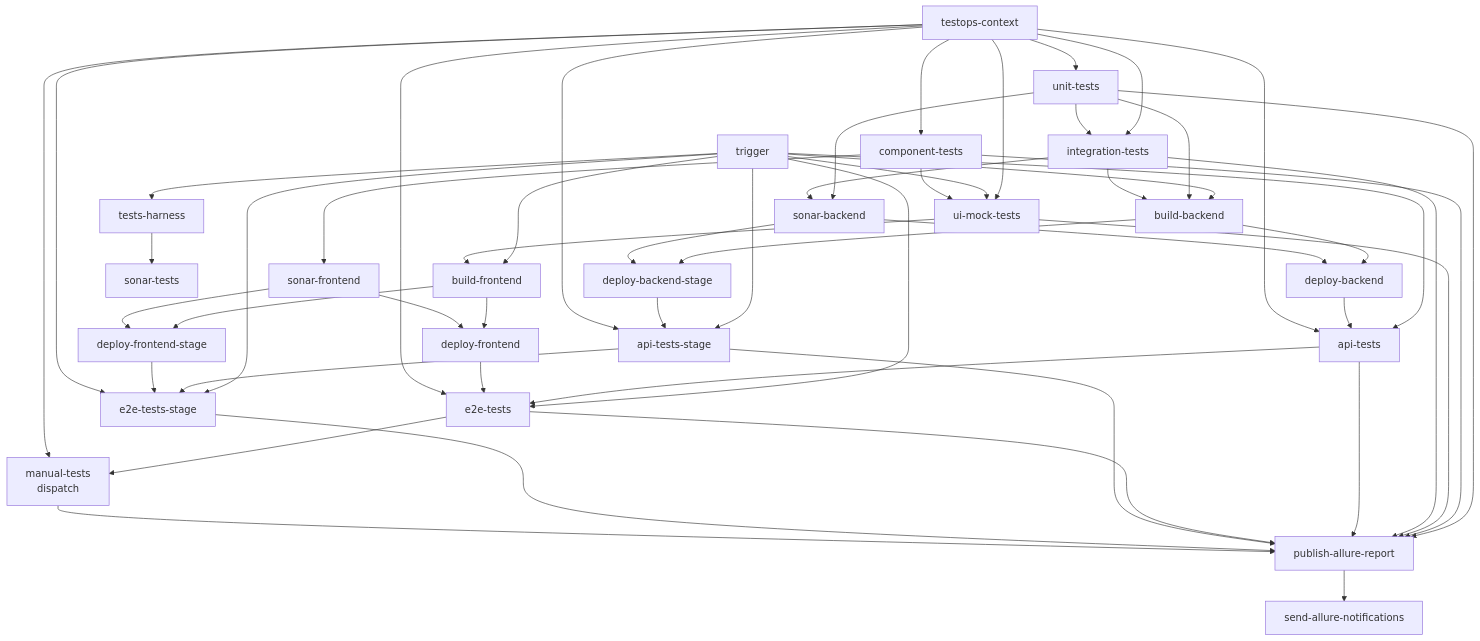
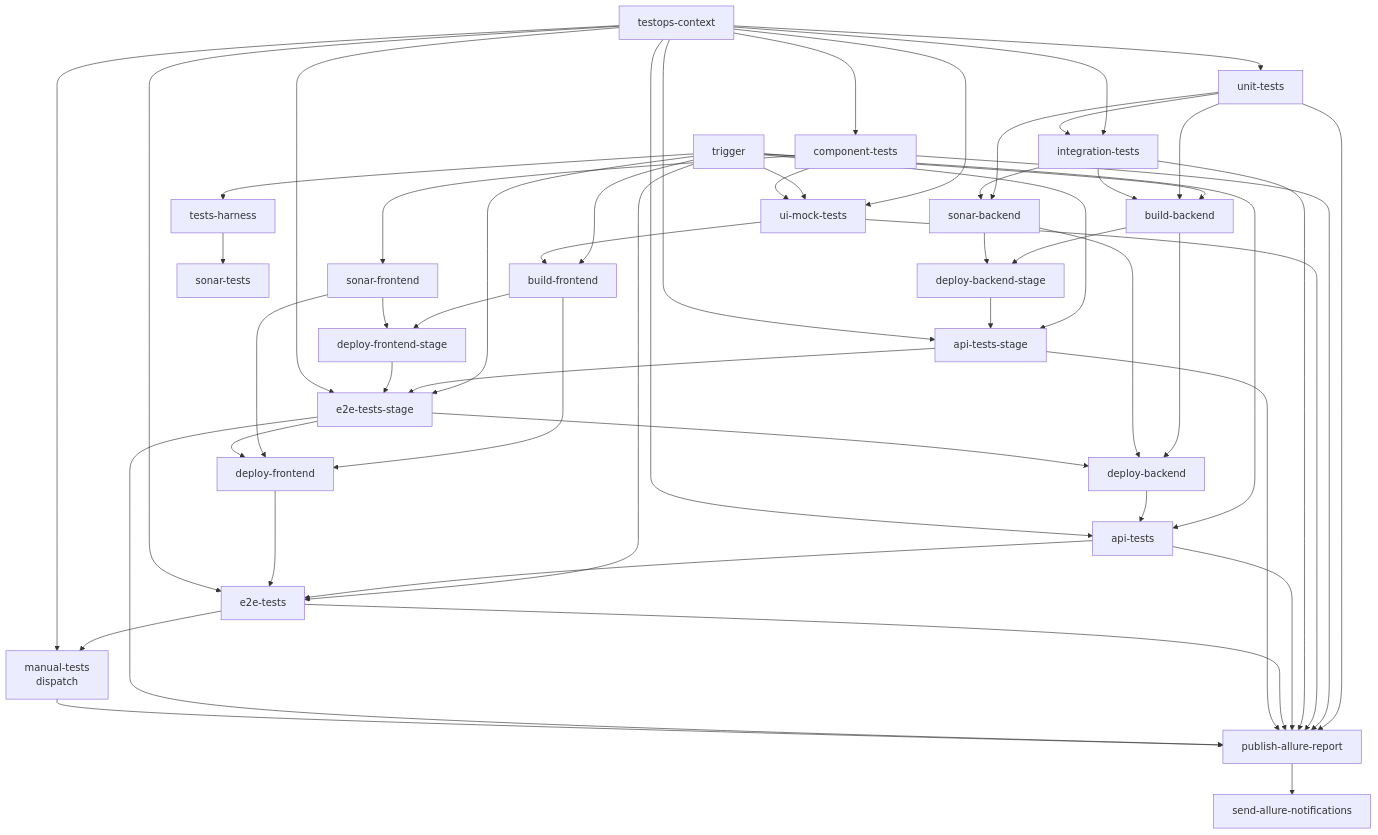
One commit to autotests-ai/autotests-ai-multistack-app changed the diagram in README.md. Above: the diagram before and after it, drawn with Mermaid. The commit also changed other lines of this file and 3 other files, not shown here.

````diff
--- a/README.md
+++ b/README.md
@@ -77,59 +77,61 @@
 ```mermaid
 flowchart TB
   TRG[trigger]
   TOC[testops-context]
 
   TOC --> UNIT[unit-tests]
   TOC --> COMP[component-tests]
   TRG --> H[tests-harness]
   TOC --> MOCK[ui-mock-tests]
   TOC --> INT[integration-tests]
 
   TRG --> MOCK
   TRG --> BB
   TRG --> BF
   TRG --> API
   TRG --> E2E
   TRG --> APIS
   TRG --> E2ES
 
   UNIT --> INT
   UNIT --> SB[sonar-backend]
   INT --> SB
   COMP --> SF[sonar-frontend]
   COMP --> MOCK
   H --> ST[sonar-tests]
 
   UNIT --> BB[build-backend]
   INT --> BB
   MOCK --> BF[build-frontend]
 
   BB --> DB[deploy-backend]
   SB --> DB
   BB --> DBS[deploy-backend-stage]
   SB --> DBS
 
   BF --> DF[deploy-frontend]
   SF --> DF
   BF --> DFS[deploy-frontend-stage]
   SF --> DFS
 
   DB --> API[api-tests]
   TOC --> API
 
   API --> E2E[e2e-tests]
   DF --> E2E
   TOC --> E2E
 
   DBS --> APIS[api-tests-stage]
   TOC --> APIS
   APIS --> E2ES[e2e-tests-stage]
   DFS --> E2ES
   TOC --> E2ES
+  E2ES --> DB
+  E2ES --> DF
 
   E2E --> MAN[manual-tests<br/>dispatch]
   TOC --> MAN
 
   UNIT & COMP & MOCK & INT & API & E2E & APIS & E2ES & MAN --> PUB[publish-allure-report]
   PUB --> NTF[send-allure-notifications]
 ```
````
